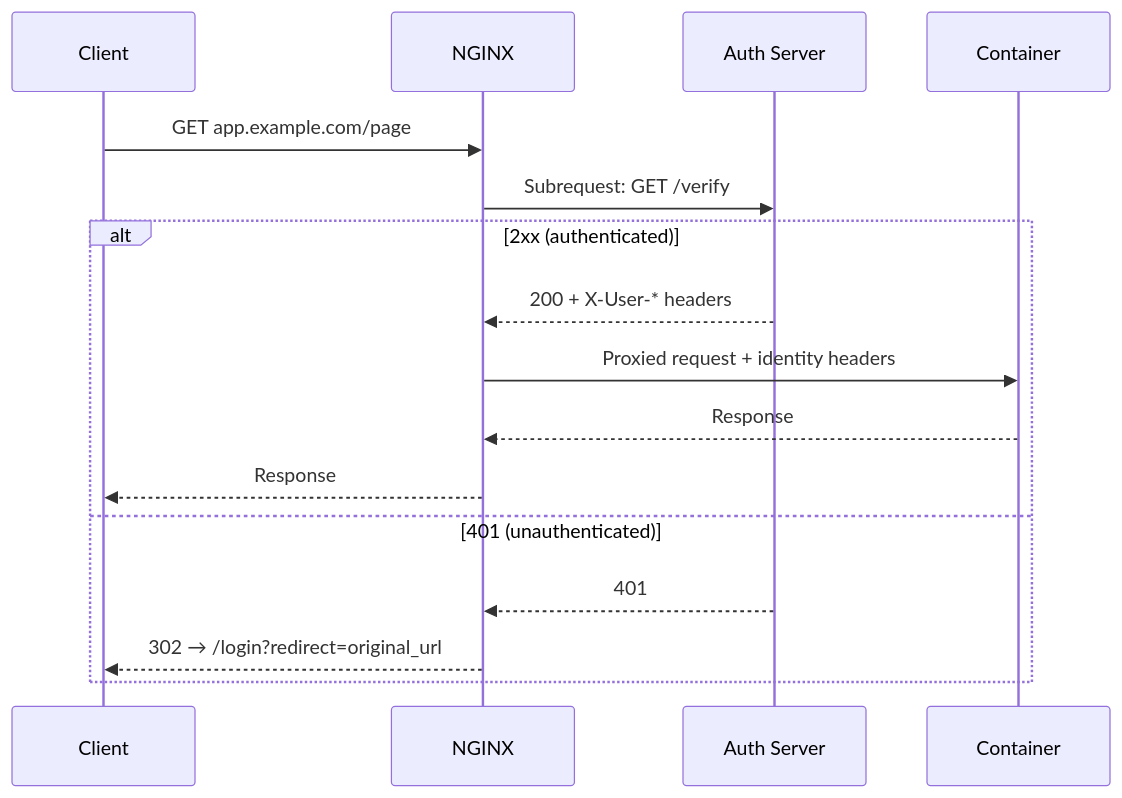
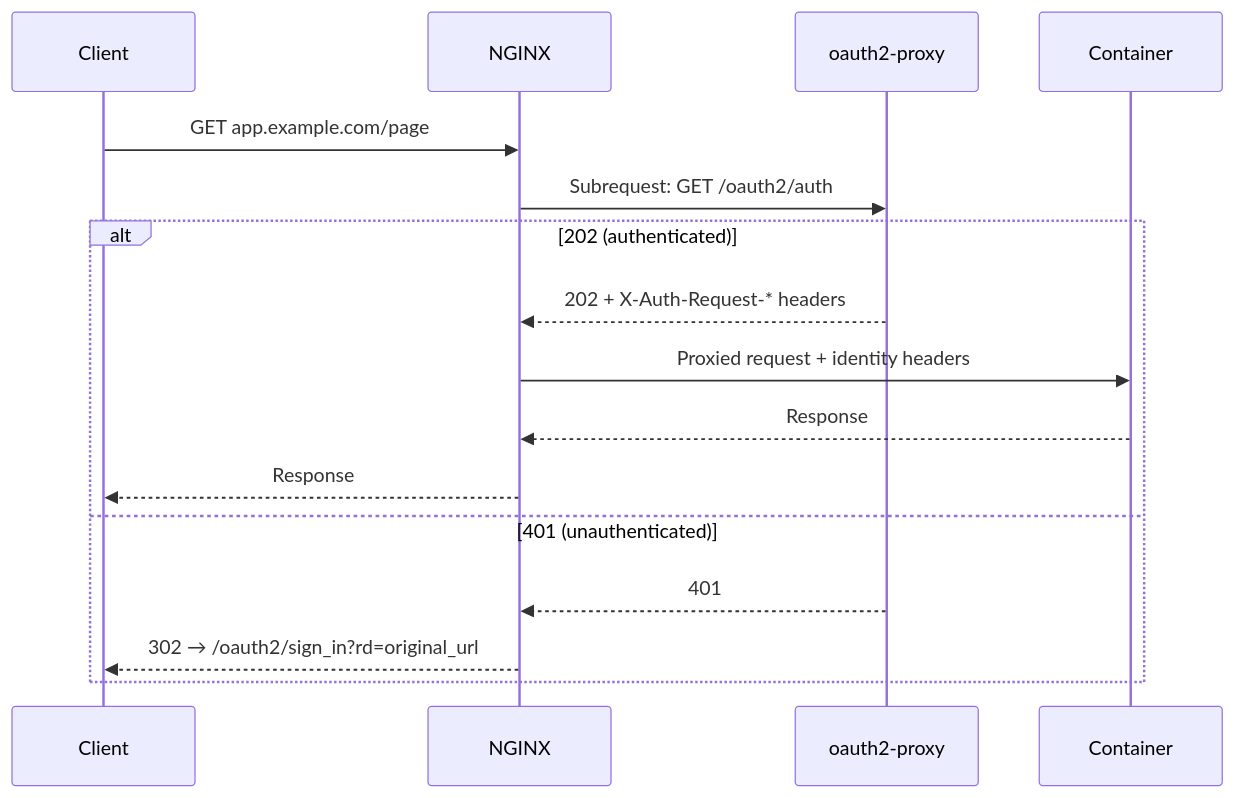
The fifth of 5 diagrams in mie-opensource-landing/docs/developers/system-architecture.md (mieweb/opensource-server), drawn with Mermaid before and after one commit. The commit also changed other lines of this file and 11 other files, not shown here.

First line of the commit message:
Replace builtin proxy auth with oauth2-proxy

````diff
--- a/mie-opensource-landing/docs/developers/system-architecture.md
+++ b/mie-opensource-landing/docs/developers/system-architecture.md
@@ -151,19 +151,19 @@
 ```mermaid
 sequenceDiagram
     participant Client
     participant NGINX
-    participant AuthServer as Auth Server
+    participant OAuth2Proxy as oauth2-proxy
     participant Container
 
     Client->>NGINX: GET app.example.com/page
-    NGINX->>AuthServer: Subrequest: GET /verify
-    alt 2xx (authenticated)
-        AuthServer-->>NGINX: 200 + X-User-* headers
+    NGINX->>OAuth2Proxy: Subrequest: GET /oauth2/auth
+    alt 202 (authenticated)
+        OAuth2Proxy-->>NGINX: 202 + X-Auth-Request-* headers
         NGINX->>Container: Proxied request + identity headers
         Container-->>NGINX: Response
         NGINX-->>Client: Response
     else 401 (unauthenticated)
-        AuthServer-->>NGINX: 401
-        NGINX-->>Client: 302 → /login?redirect=original_url
+        OAuth2Proxy-->>NGINX: 401
+        NGINX-->>Client: 302 → /oauth2/sign_in?rd=original_url
     end
 ```
````
